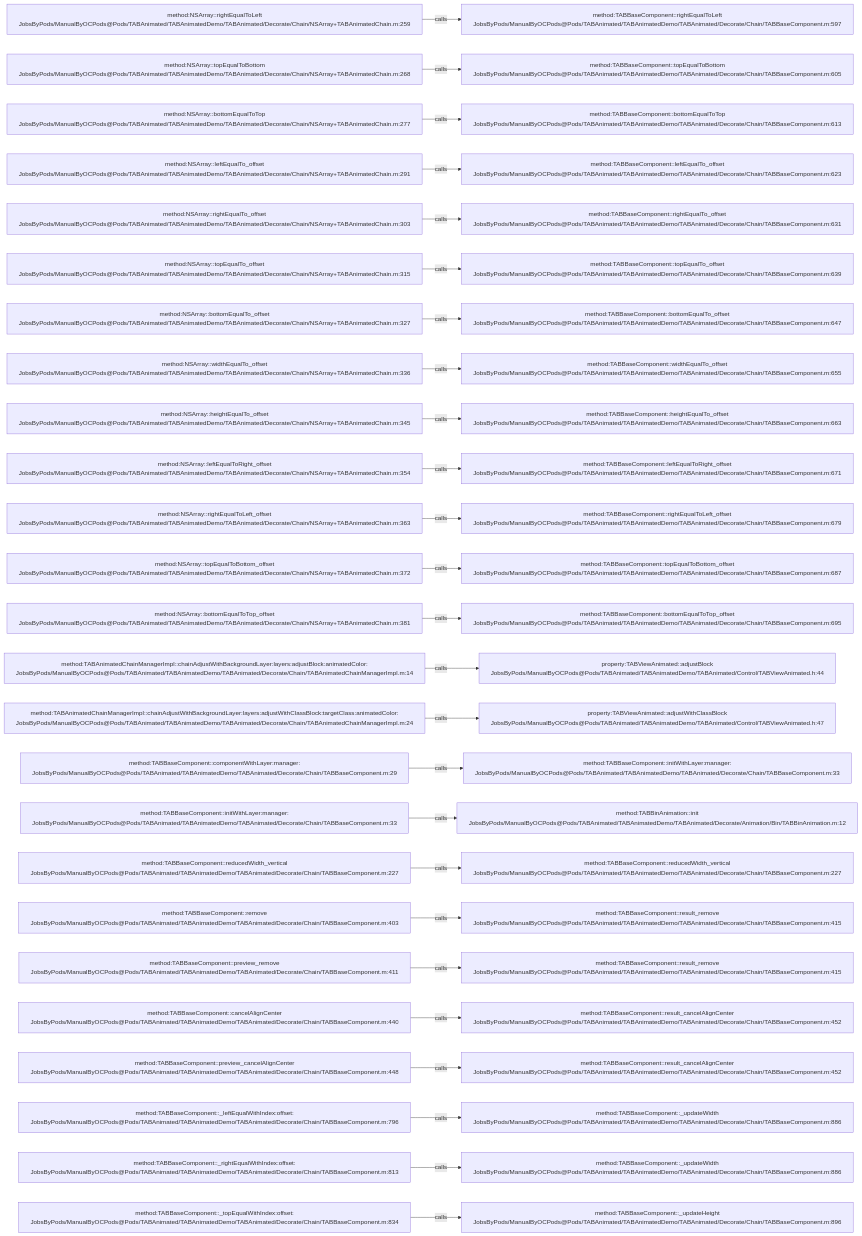
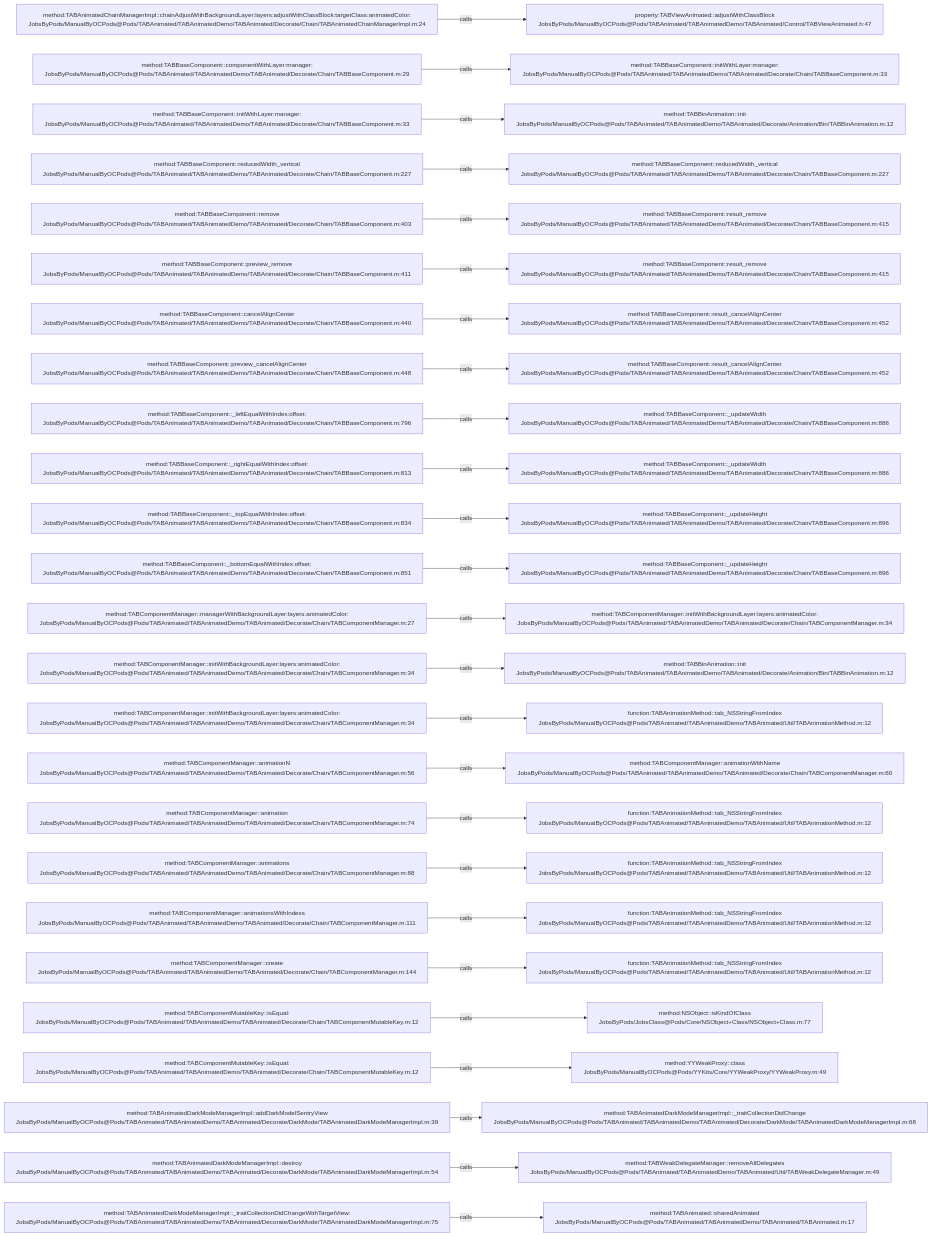
Before and after one commit to JobsKits/JobsOCBaseConfigDemo: the diagram in .codegraph/codegraph.md/graphs/calls-033.md, drawn with Mermaid. The commit also changed 296 other files, not shown here.

````diff
--- a/.codegraph/codegraph.md/graphs/calls-033.md
+++ b/.codegraph/codegraph.md/graphs/calls-033.md
@@ -13,78 +13,78 @@
 ```mermaid
 flowchart LR
-  S1["method:NSArray::rightEqualToLeft<br/>JobsByPods/ManualByOCPods@Pods/TABAnimated/TABAnimatedDemo/TABAnimated/Decorate/Chain/NSArray+TABAnimatedChain.m:259"]
-  T1["method:TABBaseComponent::rightEqualToLeft<br/>JobsByPods/ManualByOCPods@Pods/TABAnimated/TABAnimatedDemo/TABAnimated/Decorate/Chain/TABBaseComponent.m:597"]
+  S1["method:TABAnimatedChainManagerImpl::chainAdjustWithBackgroundLayer:layers:adjustWithClassBlock:targetClass:animatedColor:<br/>JobsByPods/ManualByOCPods@Pods/TABAnimated/TABAnimatedDemo/TABAnimated/Decorate/Chain/TABAnimatedChainManagerImpl.m:24"]
+  T1["property:TABViewAnimated::adjustWithClassBlock<br/>JobsByPods/ManualByOCPods@Pods/TABAnimated/TABAnimatedDemo/TABAnimated/Control/TABViewAnimated.h:47"]
   S1 -->|calls| T1
-  S2["method:NSArray::topEqualToBottom<br/>JobsByPods/ManualByOCPods@Pods/TABAnimated/TABAnimatedDemo/TABAnimated/Decorate/Chain/NSArray+TABAnimatedChain.m:268"]
-  T2["method:TABBaseComponent::topEqualToBottom<br/>JobsByPods/ManualByOCPods@Pods/TABAnimated/TABAnimatedDemo/TABAnimated/Decorate/Chain/TABBaseComponent.m:605"]
+  S2["method:TABBaseComponent::componentWithLayer:manager:<br/>JobsByPods/ManualByOCPods@Pods/TABAnimated/TABAnimatedDemo/TABAnimated/Decorate/Chain/TABBaseComponent.m:29"]
+  T2["method:TABBaseComponent::initWithLayer:manager:<br/>JobsByPods/ManualByOCPods@Pods/TABAnimated/TABAnimatedDemo/TABAnimated/Decorate/Chain/TABBaseComponent.m:33"]
   S2 -->|calls| T2
-  S3["method:NSArray::bottomEqualToTop<br/>JobsByPods/ManualByOCPods@Pods/TABAnimated/TABAnimatedDemo/TABAnimated/Decorate/Chain/NSArray+TABAnimatedChain.m:277"]
-  T3["method:TABBaseComponent::bottomEqualToTop<br/>JobsByPods/ManualByOCPods@Pods/TABAnimated/TABAnimatedDemo/TABAnimated/Decorate/Chain/TABBaseComponent.m:613"]
+  S3["method:TABBaseComponent::initWithLayer:manager:<br/>JobsByPods/ManualByOCPods@Pods/TABAnimated/TABAnimatedDemo/TABAnimated/Decorate/Chain/TABBaseComponent.m:33"]
+  T3["method:TABBinAnimation::init<br/>JobsByPods/ManualByOCPods@Pods/TABAnimated/TABAnimatedDemo/TABAnimated/Decorate/Animation/Bin/TABBinAnimation.m:12"]
   S3 -->|calls| T3
-  S4["method:NSArray::leftEqualTo_offset<br/>JobsByPods/ManualByOCPods@Pods/TABAnimated/TABAnimatedDemo/TABAnimated/Decorate/Chain/NSArray+TABAnimatedChain.m:291"]
-  T4["method:TABBaseComponent::leftEqualTo_offset<br/>JobsByPods/ManualByOCPods@Pods/TABAnimated/TABAnimatedDemo/TABAnimated/Decorate/Chain/TABBaseComponent.m:623"]
+  S4["method:TABBaseComponent::reducedWidth_vertical<br/>JobsByPods/ManualByOCPods@Pods/TABAnimated/TABAnimatedDemo/TABAnimated/Decorate/Chain/TABBaseComponent.m:227"]
+  T4["method:TABBaseComponent::reducedWidth_vertical<br/>JobsByPods/ManualByOCPods@Pods/TABAnimated/TABAnimatedDemo/TABAnimated/Decorate/Chain/TABBaseComponent.m:227"]
   S4 -->|calls| T4
-  S5["method:NSArray::rightEqualTo_offset<br/>JobsByPods/ManualByOCPods@Pods/TABAnimated/TABAnimatedDemo/TABAnimated/Decorate/Chain/NSArray+TABAnimatedChain.m:303"]
-  T5["method:TABBaseComponent::rightEqualTo_offset<br/>JobsByPods/ManualByOCPods@Pods/TABAnimated/TABAnimatedDemo/TABAnimated/Decorate/Chain/TABBaseComponent.m:631"]
+  S5["method:TABBaseComponent::remove<br/>JobsByPods/ManualByOCPods@Pods/TABAnimated/TABAnimatedDemo/TABAnimated/Decorate/Chain/TABBaseComponent.m:403"]
+  T5["method:TABBaseComponent::result_remove<br/>JobsByPods/ManualByOCPods@Pods/TABAnimated/TABAnimatedDemo/TABAnimated/Decorate/Chain/TABBaseComponent.m:415"]
   S5 -->|calls| T5
-  S6["method:NSArray::topEqualTo_offset<br/>JobsByPods/ManualByOCPods@Pods/TABAnimated/TABAnimatedDemo/TABAnimated/Decorate/Chain/NSArray+TABAnimatedChain.m:315"]
-  T6["method:TABBaseComponent::topEqualTo_offset<br/>JobsByPods/ManualByOCPods@Pods/TABAnimated/TABAnimatedDemo/TABAnimated/Decorate/Chain/TABBaseComponent.m:639"]
+  S6["method:TABBaseComponent::preview_remove<br/>JobsByPods/ManualByOCPods@Pods/TABAnimated/TABAnimatedDemo/TABAnimated/Decorate/Chain/TABBaseComponent.m:411"]
+  T6["method:TABBaseComponent::result_remove<br/>JobsByPods/ManualByOCPods@Pods/TABAnimated/TABAnimatedDemo/TABAnimated/Decorate/Chain/TABBaseComponent.m:415"]
   S6 -->|calls| T6
-  S7["method:NSArray::bottomEqualTo_offset<br/>JobsByPods/ManualByOCPods@Pods/TABAnimated/TABAnimatedDemo/TABAnimated/Decorate/Chain/NSArray+TABAnimatedChain.m:327"]
-  T7["method:TABBaseComponent::bottomEqualTo_offset<br/>JobsByPods/ManualByOCPods@Pods/TABAnimated/TABAnimatedDemo/TABAnimated/Decorate/Chain/TABBaseComponent.m:647"]
+  S7["method:TABBaseComponent::cancelAlignCenter<br/>JobsByPods/ManualByOCPods@Pods/TABAnimated/TABAnimatedDemo/TABAnimated/Decorate/Chain/TABBaseComponent.m:440"]
+  T7["method:TABBaseComponent::result_cancelAlignCenter<br/>JobsByPods/ManualByOCPods@Pods/TABAnimated/TABAnimatedDemo/TABAnimated/Decorate/Chain/TABBaseComponent.m:452"]
   S7 -->|calls| T7
-  S8["method:NSArray::widthEqualTo_offset<br/>JobsByPods/ManualByOCPods@Pods/TABAnimated/TABAnimatedDemo/TABAnimated/Decorate/Chain/NSArray+TABAnimatedChain.m:336"]
-  T8["method:TABBaseComponent::widthEqualTo_offset<br/>JobsByPods/ManualByOCPods@Pods/TABAnimated/TABAnimatedDemo/TABAnimated/Decorate/Chain/TABBaseComponent.m:655"]
+  S8["method:TABBaseComponent::preview_cancelAlignCenter<br/>JobsByPods/ManualByOCPods@Pods/TABAnimated/TABAnimatedDemo/TABAnimated/Decorate/Chain/TABBaseComponent.m:448"]
+  T8["method:TABBaseComponent::result_cancelAlignCenter<br/>JobsByPods/ManualByOCPods@Pods/TABAnimated/TABAnimatedDemo/TABAnimated/Decorate/Chain/TABBaseComponent.m:452"]
   S8 -->|calls| T8
-  S9["method:NSArray::heightEqualTo_offset<br/>JobsByPods/ManualByOCPods@Pods/TABAnimated/TABAnimatedDemo/TABAnimated/Decorate/Chain/NSArray+TABAnimatedChain.m:345"]
-  T9["method:TABBaseComponent::heightEqualTo_offset<br/>JobsByPods/ManualByOCPods@Pods/TABAnimated/TABAnimatedDemo/TABAnimated/Decorate/Chain/TABBaseComponent.m:663"]
+  S9["method:TABBaseComponent::_leftEqualWithIndex:offset:<br/>JobsByPods/ManualByOCPods@Pods/TABAnimated/TABAnimatedDemo/TABAnimated/Decorate/Chain/TABBaseComponent.m:796"]
+  T9["method:TABBaseComponent::_updateWidth<br/>JobsByPods/ManualByOCPods@Pods/TABAnimated/TABAnimatedDemo/TABAnimated/Decorate/Chain/TABBaseComponent.m:886"]
   S9 -->|calls| T9
-  S10["method:NSArray::leftEqualToRight_offset<br/>JobsByPods/ManualByOCPods@Pods/TABAnimated/TABAnimatedDemo/TABAnimated/Decorate/Chain/NSArray+TABAnimatedChain.m:354"]
-  T10["method:TABBaseComponent::leftEqualToRight_offset<br/>JobsByPods/ManualByOCPods@Pods/TABAnimated/TABAnimatedDemo/TABAnimated/Decorate/Chain/TABBaseComponent.m:671"]
+  S10["method:TABBaseComponent::_rightEqualWithIndex:offset:<br/>JobsByPods/ManualByOCPods@Pods/TABAnimated/TABAnimatedDemo/TABAnimated/Decorate/Chain/TABBaseComponent.m:813"]
+  T10["method:TABBaseComponent::_updateWidth<br/>JobsByPods/ManualByOCPods@Pods/TABAnimated/TABAnimatedDemo/TABAnimated/Decorate/Chain/TABBaseComponent.m:886"]
   S10 -->|calls| T10
-  S11["method:NSArray::rightEqualToLeft_offset<br/>JobsByPods/ManualByOCPods@Pods/TABAnimated/TABAnimatedDemo/TABAnimated/Decorate/Chain/NSArray+TABAnimatedChain.m:363"]
-  T11["method:TABBaseComponent::rightEqualToLeft_offset<br/>JobsByPods/ManualByOCPods@Pods/TABAnimated/TABAnimatedDemo/TABAnimated/Decorate/Chain/TABBaseComponent.m:679"]
+  S11["method:TABBaseComponent::_topEqualWithIndex:offset:<br/>JobsByPods/ManualByOCPods@Pods/TABAnimated/TABAnimatedDemo/TABAnimated/Decorate/Chain/TABBaseComponent.m:834"]
+  T11["method:TABBaseComponent::_updateHeight<br/>JobsByPods/ManualByOCPods@Pods/TABAnimated/TABAnimatedDemo/TABAnimated/Decorate/Chain/TABBaseComponent.m:896"]
   S11 -->|calls| T11
-  S12["method:NSArray::topEqualToBottom_offset<br/>JobsByPods/ManualByOCPods@Pods/TABAnimated/TABAnimatedDemo/TABAnimated/Decorate/Chain/NSArray+TABAnimatedChain.m:372"]
-  T12["method:TABBaseComponent::topEqualToBottom_offset<br/>JobsByPods/ManualByOCPods@Pods/TABAnimated/TABAnimatedDemo/TABAnimated/Decorate/Chain/TABBaseComponent.m:687"]
+  S12["method:TABBaseComponent::_bottomEqualWithIndex:offset:<br/>JobsByPods/ManualByOCPods@Pods/TABAnimated/TABAnimatedDemo/TABAnimated/Decorate/Chain/TABBaseComponent.m:851"]
+  T12["method:TABBaseComponent::_updateHeight<br/>JobsByPods/ManualByOCPods@Pods/TABAnimated/TABAnimatedDemo/TABAnimated/Decorate/Chain/TABBaseComponent.m:896"]
   S12 -->|calls| T12
-  S13["method:NSArray::bottomEqualToTop_offset<br/>JobsByPods/ManualByOCPods@Pods/TABAnimated/TABAnimatedDemo/TABAnimated/Decorate/Chain/NSArray+TABAnimatedChain.m:381"]
-  T13["method:TABBaseComponent::bottomEqualToTop_offset<br/>JobsByPods/ManualByOCPods@Pods/TABAnimated/TABAnimatedDemo/TABAnimated/Decorate/Chain/TABBaseComponent.m:695"]
+  S13["method:TABComponentManager::managerWithBackgroundLayer:layers:animatedColor:<br/>JobsByPods/ManualByOCPods@Pods/TABAnimated/TABAnimatedDemo/TABAnimated/Decorate/Chain/TABComponentManager.m:27"]
+  T13["method:TABComponentManager::initWithBackgroundLayer:layers:animatedColor:<br/>JobsByPods/ManualByOCPods@Pods/TABAnimated/TABAnimatedDemo/TABAnimated/Decorate/Chain/TABComponentManager.m:34"]
   S13 -->|calls| T13
-  S14["method:TABAnimatedChainManagerImpl::chainAdjustWithBackgroundLayer:layers:adjustBlock:animatedColor:<br/>JobsByPods/ManualByOCPods@Pods/TABAnimated/TABAnimatedDemo/TABAnimated/Decorate/Chain/TABAnimatedChainManagerImpl.m:14"]
-  T14["property:TABViewAnimated::adjustBlock<br/>JobsByPods/ManualByOCPods@Pods/TABAnimated/TABAnimatedDemo/TABAnimated/Control/TABViewAnimated.h:44"]
+  S14["method:TABComponentManager::initWithBackgroundLayer:layers:animatedColor:<br/>JobsByPods/ManualByOCPods@Pods/TABAnimated/TABAnimatedDemo/TABAnimated/Decorate/Chain/TABComponentManager.m:34"]
+  T14["method:TABBinAnimation::init<br/>JobsByPods/ManualByOCPods@Pods/TABAnimated/TABAnimatedDemo/TABAnimated/Decorate/Animation/Bin/TABBinAnimation.m:12"]
   S14 -->|calls| T14
-  S15["method:TABAnimatedChainManagerImpl::chainAdjustWithBackgroundLayer:layers:adjustWithClassBlock:targetClass:animatedColor:<br/>JobsByPods/ManualByOCPods@Pods/TABAnimated/TABAnimatedDemo/TABAnimated/Decorate/Chain/TABAnimatedChainManagerImpl.m:24"]
-  T15["property:TABViewAnimated::adjustWithClassBlock<br/>JobsByPods/ManualByOCPods@Pods/TABAnimated/TABAnimatedDemo/TABAnimated/Control/TABViewAnimated.h:47"]
+  S15["method:TABComponentManager::initWithBackgroundLayer:layers:animatedColor:<br/>JobsByPods/ManualByOCPods@Pods/TABAnimated/TABAnimatedDemo/TABAnimated/Decorate/Chain/TABComponentManager.m:34"]
+  T15["function:TABAnimationMethod::tab_NSStringFromIndex<br/>JobsByPods/ManualByOCPods@Pods/TABAnimated/TABAnimatedDemo/TABAnimated/Util/TABAnimationMethod.m:12"]
   S15 -->|calls| T15
-  S16["method:TABBaseComponent::componentWithLayer:manager:<br/>JobsByPods/ManualByOCPods@Pods/TABAnimated/TABAnimatedDemo/TABAnimated/Decorate/Chain/TABBaseComponent.m:29"]
-  T16["method:TABBaseComponent::initWithLayer:manager:<br/>JobsByPods/ManualByOCPods@Pods/TABAnimated/TABAnimatedDemo/TABAnimated/Decorate/Chain/TABBaseComponent.m:33"]
+  S16["method:TABComponentManager::animationN<br/>JobsByPods/ManualByOCPods@Pods/TABAnimated/TABAnimatedDemo/TABAnimated/Decorate/Chain/TABComponentManager.m:56"]
+  T16["method:TABComponentManager::animationWithName<br/>JobsByPods/ManualByOCPods@Pods/TABAnimated/TABAnimatedDemo/TABAnimated/Decorate/Chain/TABComponentManager.m:60"]
   S16 -->|calls| T16
-  S17["method:TABBaseComponent::initWithLayer:manager:<br/>JobsByPods/ManualByOCPods@Pods/TABAnimated/TABAnimatedDemo/TABAnimated/Decorate/Chain/TABBaseComponent.m:33"]
-  T17["method:TABBinAnimation::init<br/>JobsByPods/ManualByOCPods@Pods/TABAnimated/TABAnimatedDemo/TABAnimated/Decorate/Animation/Bin/TABBinAnimation.m:12"]
+  S17["method:TABComponentManager::animation<br/>JobsByPods/ManualByOCPods@Pods/TABAnimated/TABAnimatedDemo/TABAnimated/Decorate/Chain/TABComponentManager.m:74"]
+  T17["function:TABAnimationMethod::tab_NSStringFromIndex<br/>JobsByPods/ManualByOCPods@Pods/TABAnimated/TABAnimatedDemo/TABAnimated/Util/TABAnimationMethod.m:12"]
   S17 -->|calls| T17
-  S18["method:TABBaseComponent::reducedWidth_vertical<br/>JobsByPods/ManualByOCPods@Pods/TABAnimated/TABAnimatedDemo/TABAnimated/Decorate/Chain/TABBaseComponent.m:227"]
-  T18["method:TABBaseComponent::reducedWidth_vertical<br/>JobsByPods/ManualByOCPods@Pods/TABAnimated/TABAnimatedDemo/TABAnimated/Decorate/Chain/TABBaseComponent.m:227"]
+  S18["method:TABComponentManager::animations<br/>JobsByPods/ManualByOCPods@Pods/TABAnimated/TABAnimatedDemo/TABAnimated/Decorate/Chain/TABComponentManager.m:88"]
+  T18["function:TABAnimationMethod::tab_NSStringFromIndex<br/>JobsByPods/ManualByOCPods@Pods/TABAnimated/TABAnimatedDemo/TABAnimated/Util/TABAnimationMethod.m:12"]
   S18 -->|calls| T18
-  S19["method:TABBaseComponent::remove<br/>JobsByPods/ManualByOCPods@Pods/TABAnimated/TABAnimatedDemo/TABAnimated/Decorate/Chain/TABBaseComponent.m:403"]
-  T19["method:TABBaseComponent::result_remove<br/>JobsByPods/ManualByOCPods@Pods/TABAnimated/TABAnimatedDemo/TABAnimated/Decorate/Chain/TABBaseComponent.m:415"]
+  S19["method:TABComponentManager::animationsWithIndexs<br/>JobsByPods/ManualByOCPods@Pods/TABAnimated/TABAnimatedDemo/TABAnimated/Decorate/Chain/TABComponentManager.m:111"]
+  T19["function:TABAnimationMethod::tab_NSStringFromIndex<br/>JobsByPods/ManualByOCPods@Pods/TABAnimated/TABAnimatedDemo/TABAnimated/Util/TABAnimationMethod.m:12"]
   S19 -->|calls| T19
-  S20["method:TABBaseComponent::preview_remove<br/>JobsByPods/ManualByOCPods@Pods/TABAnimated/TABAnimatedDemo/TABAnimated/Decorate/Chain/TABBaseComponent.m:411"]
-  T20["method:TABBaseComponent::result_remove<br/>JobsByPods/ManualByOCPods@Pods/TABAnimated/TABAnimatedDemo/TABAnimated/Decorate/Chain/TABBaseComponent.m:415"]
+  S20["method:TABComponentManager::create<br/>JobsByPods/ManualByOCPods@Pods/TABAnimated/TABAnimatedDemo/TABAnimated/Decorate/Chain/TABComponentManager.m:144"]
+  T20["function:TABAnimationMethod::tab_NSStringFromIndex<br/>JobsByPods/ManualByOCPods@Pods/TABAnimated/TABAnimatedDemo/TABAnimated/Util/TABAnimationMethod.m:12"]
   S20 -->|calls| T20
-  S21["method:TABBaseComponent::cancelAlignCenter<br/>JobsByPods/ManualByOCPods@Pods/TABAnimated/TABAnimatedDemo/TABAnimated/Decorate/Chain/TABBaseComponent.m:440"]
-  T21["method:TABBaseComponent::result_cancelAlignCenter<br/>JobsByPods/ManualByOCPods@Pods/TABAnimated/TABAnimatedDemo/TABAnimated/Decorate/Chain/TABBaseComponent.m:452"]
+  S21["method:TABComponentMutableKey::isEqual:<br/>JobsByPods/ManualByOCPods@Pods/TABAnimated/TABAnimatedDemo/TABAnimated/Decorate/Chain/TABComponentMutableKey.m:12"]
+  T21["method:NSObject::isKindOfClass<br/>JobsByPods/JobsClass@Pods/Core/NSObject+Class/NSObject+Class.m:77"]
   S21 -->|calls| T21
-  S22["method:TABBaseComponent::preview_cancelAlignCenter<br/>JobsByPods/ManualByOCPods@Pods/TABAnimated/TABAnimatedDemo/TABAnimated/Decorate/Chain/TABBaseComponent.m:448"]
-  T22["method:TABBaseComponent::result_cancelAlignCenter<br/>JobsByPods/ManualByOCPods@Pods/TABAnimated/TABAnimatedDemo/TABAnimated/Decorate/Chain/TABBaseComponent.m:452"]
+  S22["method:TABComponentMutableKey::isEqual:<br/>JobsByPods/ManualByOCPods@Pods/TABAnimated/TABAnimatedDemo/TABAnimated/Decorate/Chain/TABComponentMutableKey.m:12"]
+  T22["method:YYWeakProxy::class<br/>JobsByPods/ManualByOCPods@Pods/YYKits/Core/YYWeakProxy/YYWeakProxy.m:49"]
   S22 -->|calls| T22
-  S23["method:TABBaseComponent::_leftEqualWithIndex:offset:<br/>JobsByPods/ManualByOCPods@Pods/TABAnimated/TABAnimatedDemo/TABAnimated/Decorate/Chain/TABBaseComponent.m:796"]
-  T23["method:TABBaseComponent::_updateWidth<br/>JobsByPods/ManualByOCPods@Pods/TABAnimated/TABAnimatedDemo/TABAnimated/Decorate/Chain/TABBaseComponent.m:886"]
+  S23["method:TABAnimatedDarkModeManagerImpl::addDarkModelSentryView<br/>JobsByPods/ManualByOCPods@Pods/TABAnimated/TABAnimatedDemo/TABAnimated/Decorate/DarkMode/TABAnimatedDarkModeManagerImpl.m:39"]
+  T23["method:TABAnimatedDarkModeManagerImpl::_traitCollectionDidChange<br/>JobsByPods/ManualByOCPods@Pods/TABAnimated/TABAnimatedDemo/TABAnimated/Decorate/DarkMode/TABAnimatedDarkModeManagerImpl.m:68"]
   S23 -->|calls| T23
-  S24["method:TABBaseComponent::_rightEqualWithIndex:offset:<br/>JobsByPods/ManualByOCPods@Pods/TABAnimated/TABAnimatedDemo/TABAnimated/Decorate/Chain/TABBaseComponent.m:813"]
-  T24["method:TABBaseComponent::_updateWidth<br/>JobsByPods/ManualByOCPods@Pods/TABAnimated/TABAnimatedDemo/TABAnimated/Decorate/Chain/TABBaseComponent.m:886"]
+  S24["method:TABAnimatedDarkModeManagerImpl::destroy<br/>JobsByPods/ManualByOCPods@Pods/TABAnimated/TABAnimatedDemo/TABAnimated/Decorate/DarkMode/TABAnimatedDarkModeManagerImpl.m:54"]
+  T24["method:TABWeakDelegateManager::removeAllDelegates<br/>JobsByPods/ManualByOCPods@Pods/TABAnimated/TABAnimatedDemo/TABAnimated/Util/TABWeakDelegateManager.m:49"]
   S24 -->|calls| T24
-  S25["method:TABBaseComponent::_topEqualWithIndex:offset:<br/>JobsByPods/ManualByOCPods@Pods/TABAnimated/TABAnimatedDemo/TABAnimated/Decorate/Chain/TABBaseComponent.m:834"]
-  T25["method:TABBaseComponent::_updateHeight<br/>JobsByPods/ManualByOCPods@Pods/TABAnimated/TABAnimatedDemo/TABAnimated/Decorate/Chain/TABBaseComponent.m:896"]
+  S25["method:TABAnimatedDarkModeManagerImpl::_traitCollectionDidChangeWithTargetView:<br/>JobsByPods/ManualByOCPods@Pods/TABAnimated/TABAnimatedDemo/TABAnimated/Decorate/DarkMode/TABAnimatedDarkModeManagerImpl.m:75"]
+  T25["method:TABAnimated::sharedAnimated<br/>JobsByPods/ManualByOCPods@Pods/TABAnimated/TABAnimatedDemo/TABAnimated/TABAnimated.m:17"]
   S25 -->|calls| T25
 ```
````
